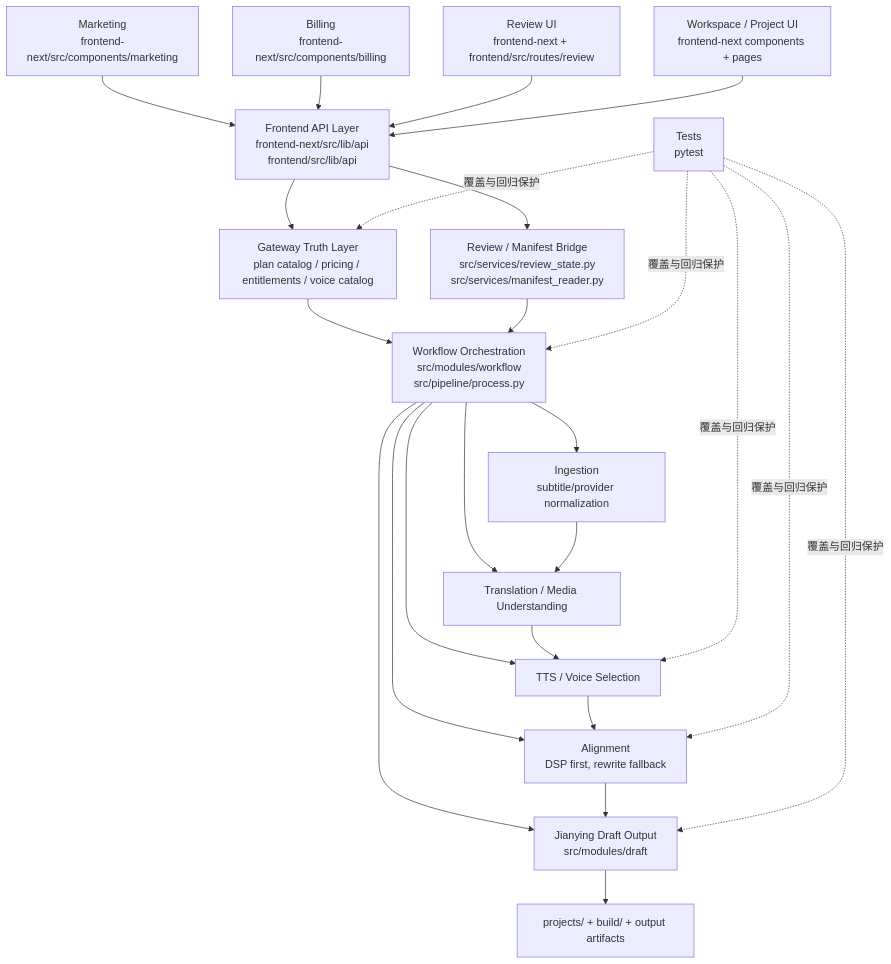
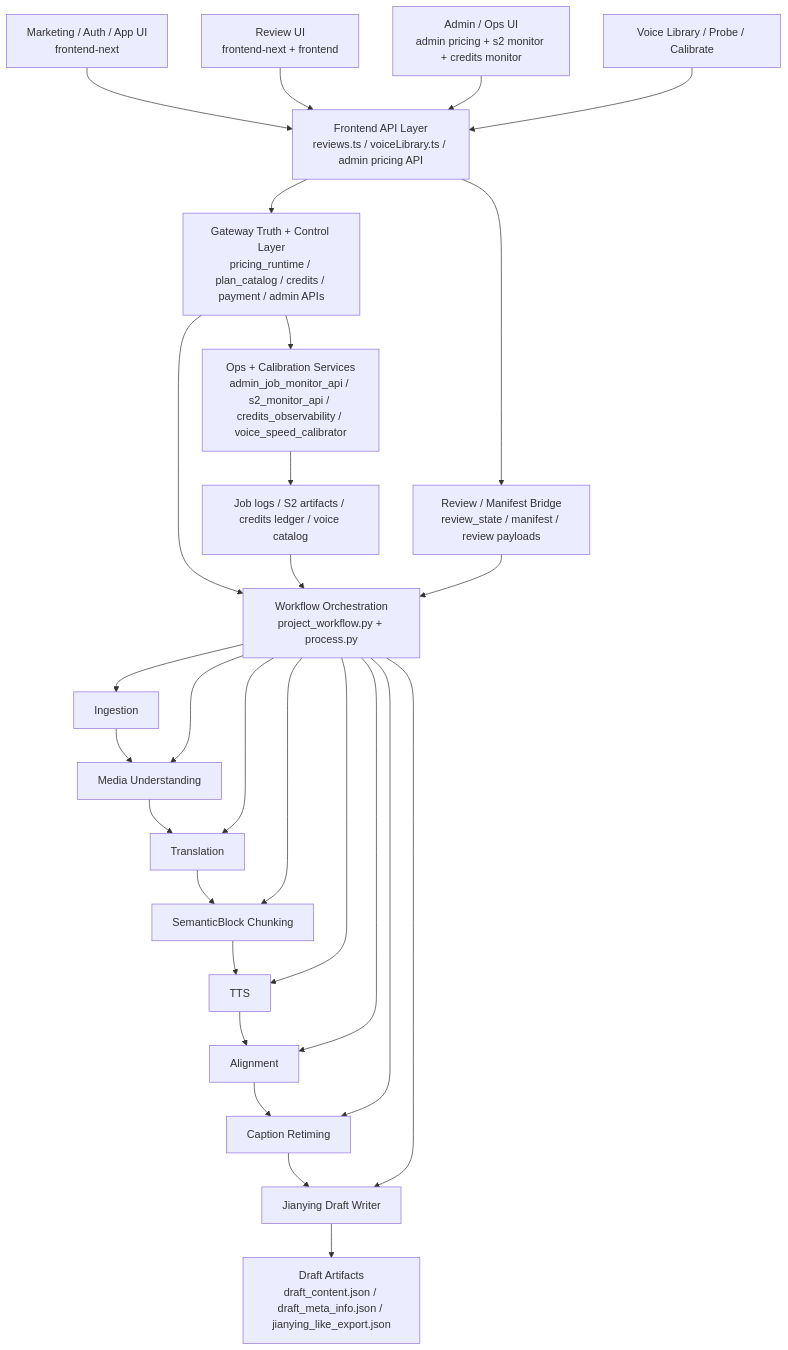
The diagram in docs/graphs/GITNEXUS_PROJECT_GRAPH.md (sun9bear/AITransVideo), drawn with Mermaid before and after one commit. The commit also changed other lines of this file and 12 other files, not shown here.

First line of the commit message:
docs: 新增 Admin/Ops/Calibration 架构子图 + UI 导航与视频输出方案 + gitignore 清理

````diff
--- a/docs/graphs/GITNEXUS_PROJECT_GRAPH.md
+++ b/docs/graphs/GITNEXUS_PROJECT_GRAPH.md
@@ -50,31 +64,35 @@
 ```mermaid
 graph TD
-    Marketing["Marketing<br/>frontend-next/src/components/marketing"] --> Api
-    Billing["Billing<br/>frontend-next/src/components/billing"] --> Api
-    Review["Review UI<br/>frontend-next + frontend/src/routes/review"] --> Api
-    Workspace["Workspace / Project UI<br/>frontend-next components + pages"] --> Api
+    Marketing["Marketing / Auth / App UI<br/>frontend-next"] --> Api
+    ReviewUI["Review UI<br/>frontend-next + frontend"] --> Api
+    AdminUI["Admin / Ops UI<br/>admin pricing + s2 monitor + credits monitor"] --> Api
+    VoiceUI["Voice Library / Probe / Calibrate"] --> Api
 
-    Api["Frontend API Layer<br/>frontend-next/src/lib/api<br/>frontend/src/lib/api"] --> Gateway
-    Api --> WebUI
+    Api["Frontend API Layer<br/>reviews.ts / voiceLibrary.ts / admin pricing API"] --> Gateway
+    Api --> WebBridge
 
-    Gateway["Gateway Truth Layer<br/>plan catalog / pricing / entitlements / voice catalog"] --> Workflow
-    WebUI["Review / Manifest Bridge<br/>src/services/review_state.py<br/>src/services/manifest_reader.py"] --> Workflow
+    Gateway["Gateway Truth + Control Layer<br/>pricing_runtime / plan_catalog / credits / payment / admin APIs"] --> Workflow
+    Gateway --> Ops["Ops + Calibration Services<br/>admin_job_monitor_api / s2_monitor_api / credits_observability / voice_speed_calibrator"]
+    WebBridge["Review / Manifest Bridge<br/>review_state / manifest / review payloads"] --> Workflow
 
-    Workflow["Workflow Orchestration<br/>src/modules/workflow<br/>src/pipeline/process.py"] --> Ingestion
+    Workflow["Workflow Orchestration<br/>project_workflow.py + process.py"] --> Ingestion
+    Workflow --> Media["Media Understanding"]
     Workflow --> Translation
+    Workflow --> Chunking["SemanticBlock Chunking"]
     Workflow --> TTS
     Workflow --> Alignment
+    Workflow --> Retiming["Caption Retiming"]
     Workflow --> Draft
 
-    Ingestion["Ingestion<br/>subtitle/provider normalization"] --> Translation
-    Translation["Translation / Media Understanding"] --> TTS
-    TTS["TTS / Voice Selection"] --> Alignment
-    Alignment["Alignment<br/>DSP first, rewrite fallback"] --> Draft
-    Draft["Jianying Draft Output<br/>src/modules/draft"] --> Artifacts["projects/ + build/ + output artifacts"]
+    Ingestion["Ingestion"] --> Media
+    Media --> Translation
+    Translation --> Chunking
+    Chunking --> TTS
+    TTS --> Alignment
+    Alignment --> Retiming
+    Retiming --> Draft
+    Draft["Jianying Draft Writer"] --> Artifacts["Draft Artifacts<br/>draft_content.json / draft_meta_info.json / jianying_like_export.json"]
 
-    Tests["Tests<br/>pytest"] -.覆盖与回归保护.-> Gateway
-    Tests -.覆盖与回归保护.-> Workflow
-    Tests -.覆盖与回归保护.-> Draft
-    Tests -.覆盖与回归保护.-> TTS
-    Tests -.覆盖与回归保护.-> Alignment
+    Ops --> Logs["Job logs / S2 artifacts / credits ledger / voice catalog"]
+    Logs --> Workflow
 ```
````
